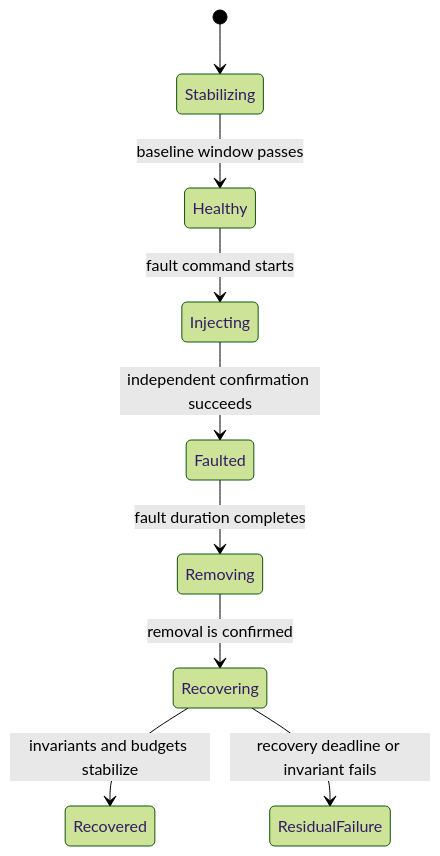
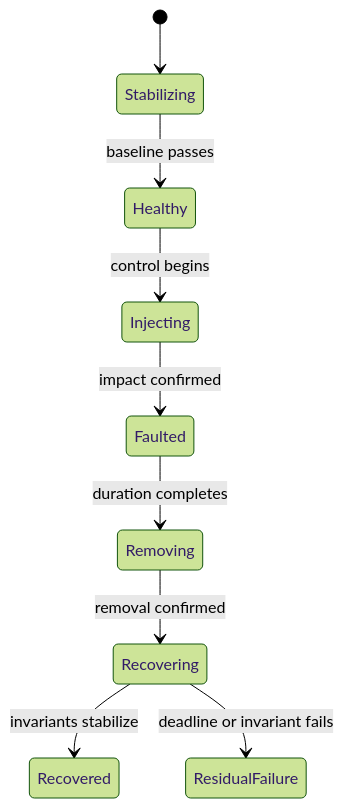
One commit to bijux/bijux-atlas changed the second of 2 diagrams in docs/bijux-atlas-ops/load/failure-injection-load.md. Above: the diagram before and after it, drawn with Mermaid (forest theme). The commit also changed other lines of this file and 1 other file, not shown here.

Commit message:
docs(resilience): define controlled fault and reversal evidence

````diff
--- a/docs/bijux-atlas-ops/load/failure-injection-load.md
+++ b/docs/bijux-atlas-ops/load/failure-injection-load.md
@@ -127,11 +67,11 @@
 ```mermaid
 stateDiagram-v2
     [*] --> Stabilizing
-    Stabilizing --> Healthy: baseline window passes
-    Healthy --> Injecting: fault command starts
-    Injecting --> Faulted: independent confirmation succeeds
-    Faulted --> Removing: fault duration completes
-    Removing --> Recovering: removal is confirmed
-    Recovering --> Recovered: invariants and budgets stabilize
-    Recovering --> ResidualFailure: recovery deadline or invariant fails
+    Stabilizing --> Healthy: baseline passes
+    Healthy --> Injecting: control begins
+    Injecting --> Faulted: impact confirmed
+    Faulted --> Removing: duration completes
+    Removing --> Recovering: removal confirmed
+    Recovering --> Recovered: invariants stabilize
+    Recovering --> ResidualFailure: deadline or invariant fails
 ```
````
